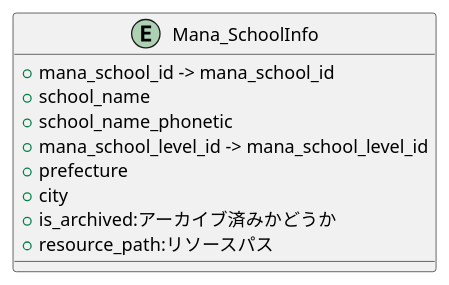
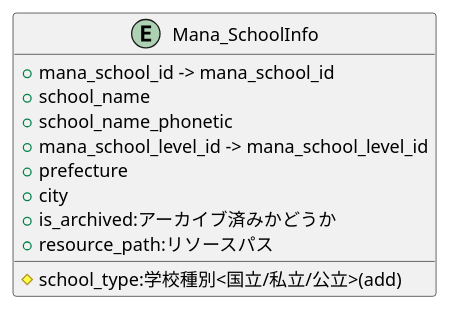
The diagram in Entity/Mana_SchoolInfo.pu (popoposorara/ERP_ER), drawn with PlantUML before and after one commit. The commit also changed 19 other files, not shown here.

```diff
--- a/Entity/Mana_SchoolInfo.pu
+++ b/Entity/Mana_SchoolInfo.pu
@@ -1,14 +1,15 @@
 @startuml
 
 entity "Mana_SchoolInfo" {
     + mana_school_id -> mana_school_id
     + school_name
     + school_name_phonetic
     + mana_school_level_id -> mana_school_level_id
     + prefecture
     + city
     + is_archived:アーカイブ済みかどうか
     + resource_path:リソースパス
+    # school_type:学校種別<国立/私立/公立>(add)
 }
 
 @enduml
```
